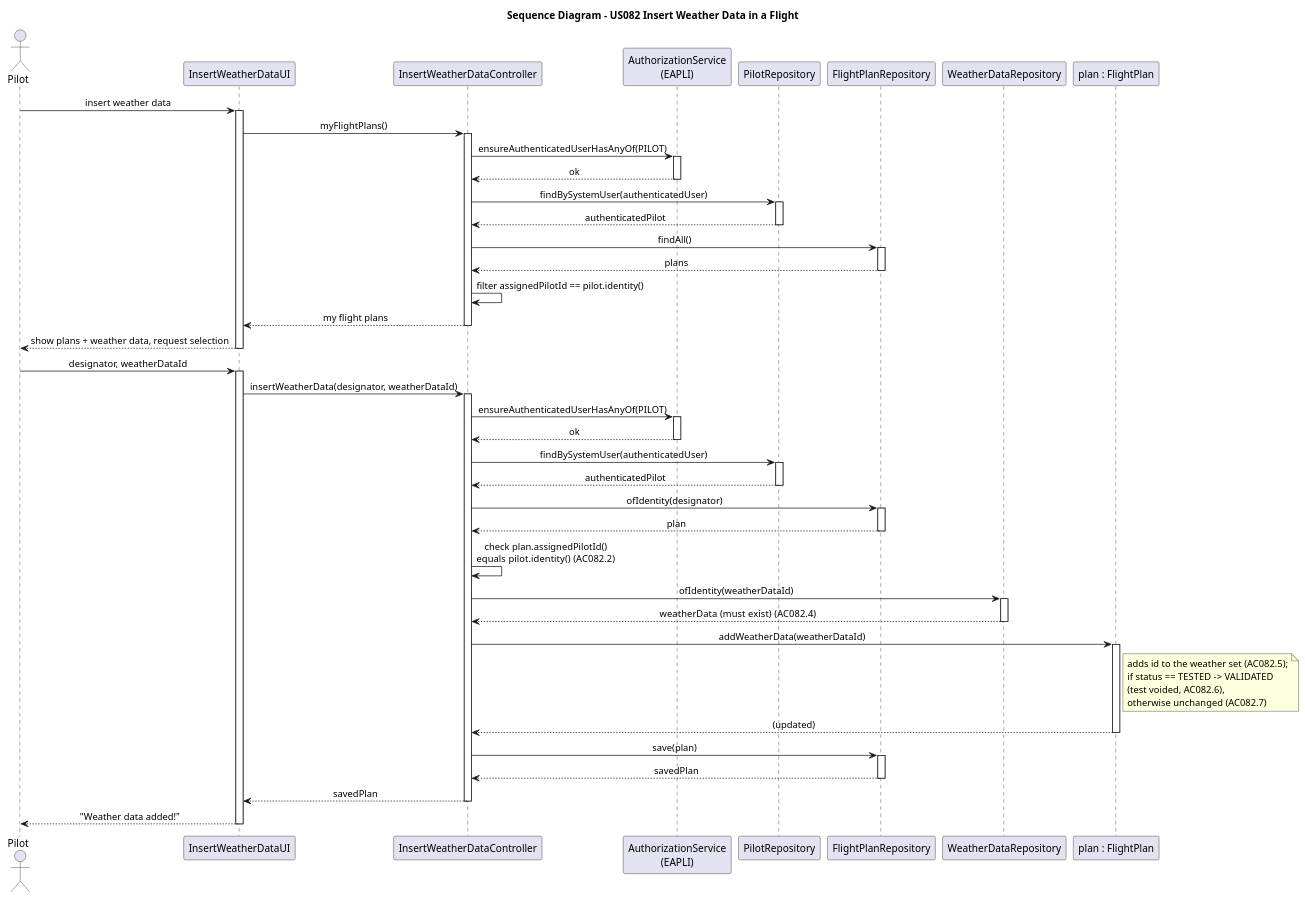
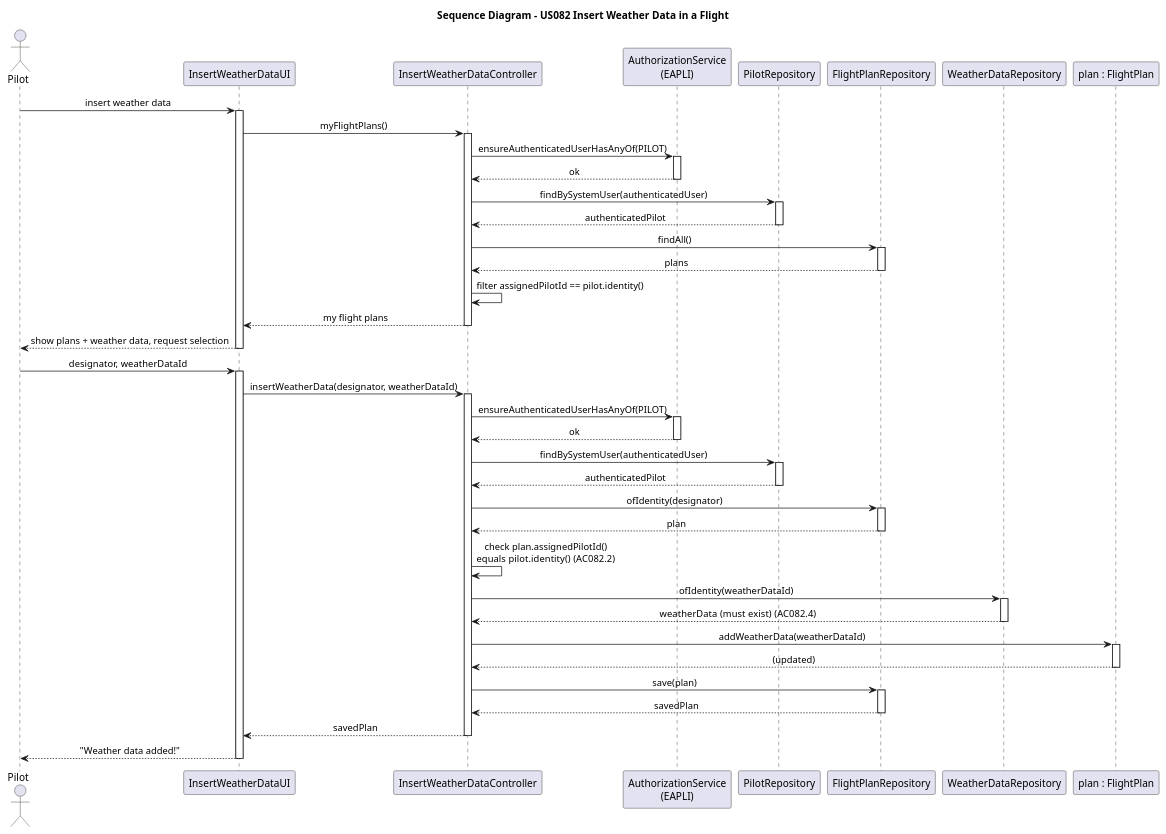
Before and after one commit to brunodspinto/aisafe: the diagram in aisafe.base/docs/user-stories/us082/puml/US082-SD.puml, drawn with PlantUML. The commit also changed 2 other files, not shown here.

```diff
--- a/aisafe.base/docs/user-stories/us082/puml/US082-SD.puml
+++ b/aisafe.base/docs/user-stories/us082/puml/US082-SD.puml
@@ -1,91 +1,85 @@
 @startuml
 
 skinparam shadowing false
 skinparam sequenceMessageAlign center
 skinparam responseMessageBelowArrow true
 
 title Sequence Diagram - US082 Insert Weather Data in a Flight
 
 actor "Pilot" as pilot
 participant "InsertWeatherDataUI" as ui
 participant "InsertWeatherDataController" as ctrl
 participant "AuthorizationService\n(EAPLI)" as authz
 participant "PilotRepository" as pilotRepo
 participant "FlightPlanRepository" as planRepo
 participant "WeatherDataRepository" as wxRepo
 participant "plan : FlightPlan" as plan
 
 pilot -> ui : insert weather data
 activate ui
 
 ' --- selection phase ---
 ui -> ctrl : myFlightPlans()
 activate ctrl
 ctrl -> authz : ensureAuthenticatedUserHasAnyOf(PILOT)
 activate authz
 authz --> ctrl : ok
 deactivate authz
 ctrl -> pilotRepo : findBySystemUser(authenticatedUser)
 activate pilotRepo
 pilotRepo --> ctrl : authenticatedPilot
 deactivate pilotRepo
 ctrl -> planRepo : findAll()
 activate planRepo
 planRepo --> ctrl : plans
 deactivate planRepo
 ctrl -> ctrl : filter assignedPilotId == pilot.identity()
 ctrl --> ui : my flight plans
 deactivate ctrl
 ui --> pilot : show plans + weather data, request selection
 deactivate ui
 
 ' --- insertion phase ---
 pilot -> ui : designator, weatherDataId
 activate ui
 ui -> ctrl : insertWeatherData(designator, weatherDataId)
 activate ctrl
 
 ctrl -> authz : ensureAuthenticatedUserHasAnyOf(PILOT)
 activate authz
 authz --> ctrl : ok
 deactivate authz
 
 ctrl -> pilotRepo : findBySystemUser(authenticatedUser)
 activate pilotRepo
 pilotRepo --> ctrl : authenticatedPilot
 deactivate pilotRepo
 
 ctrl -> planRepo : ofIdentity(designator)
 activate planRepo
 planRepo --> ctrl : plan
 deactivate planRepo
 
 ctrl -> ctrl : check plan.assignedPilotId()\nequals pilot.identity()  (AC082.2)
 
 ctrl -> wxRepo : ofIdentity(weatherDataId)
 activate wxRepo
 wxRepo --> ctrl : weatherData (must exist)  (AC082.4)
 deactivate wxRepo
 
 ctrl -> plan : addWeatherData(weatherDataId)
 activate plan
-note right of plan
-  adds id to the weather set (AC082.5);
-  if status == TESTED -> VALIDATED
-  (test voided, AC082.6),
-  otherwise unchanged (AC082.7)
-end note
 plan --> ctrl : (updated)
 deactivate plan
 
 ctrl -> planRepo : save(plan)
 activate planRepo
 planRepo --> ctrl : savedPlan
 deactivate planRepo
 
 ctrl --> ui : savedPlan
 deactivate ctrl
 ui --> pilot : "Weather data added!"
 deactivate ui
 
 @enduml
```
